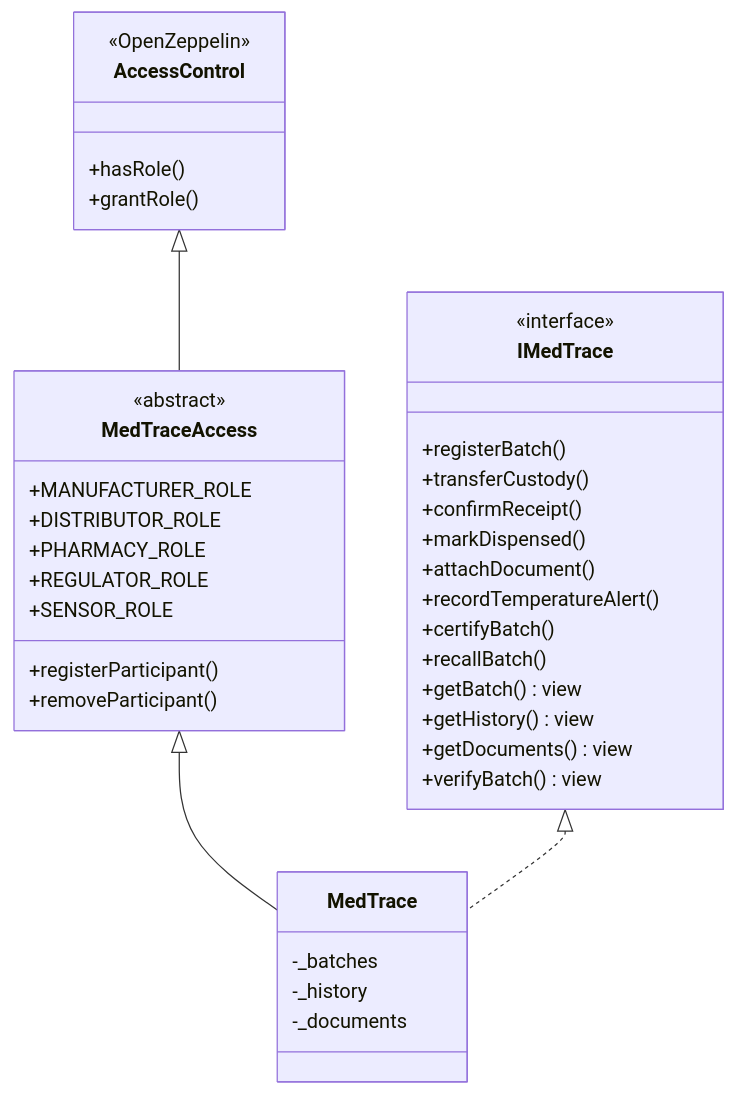
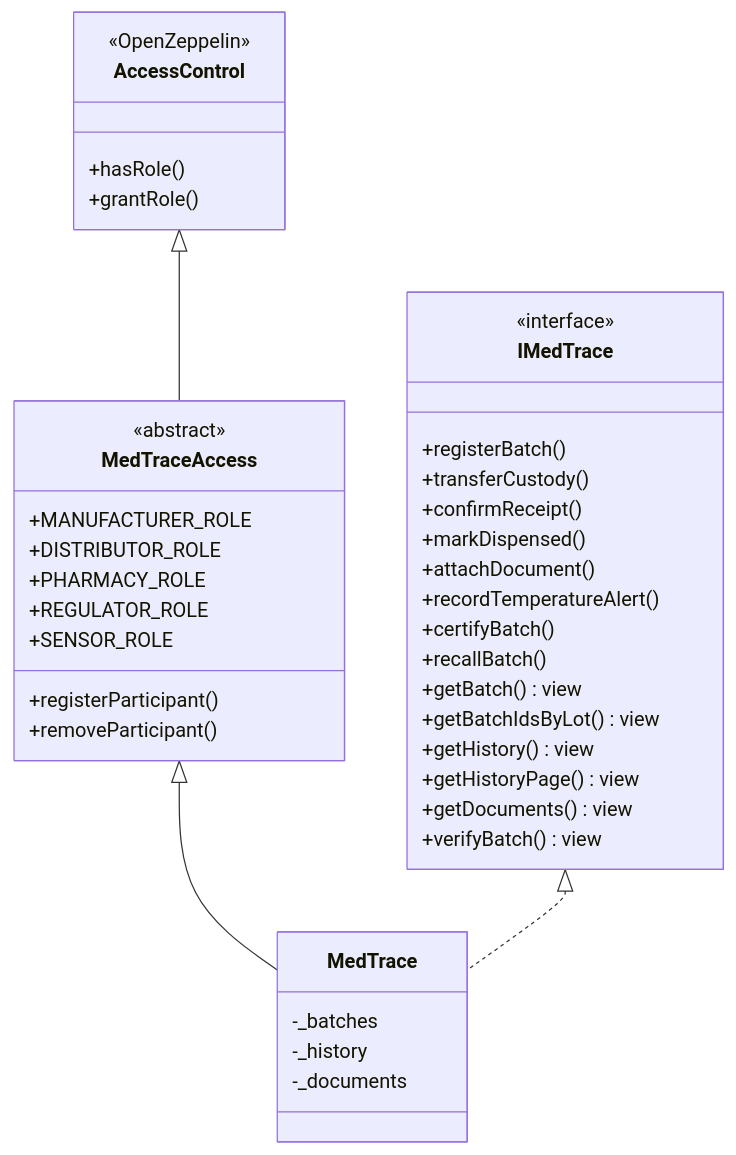
The first of 3 diagrams in docs/design.md (abhiramacheri-vaibhav/MedTrace), drawn with Mermaid before and after one commit. The commit also changed other lines of this file and 3 other files, not shown here.

Commit message:
Implement lot lookup, temperature dispense guard, and history pagination

````diff
--- a/docs/design.md
+++ b/docs/design.md
@@ -7,41 +7,43 @@
 ```mermaid
 classDiagram
     class IMedTrace {
         <<interface>>
         +registerBatch()
         +transferCustody()
         +confirmReceipt()
         +markDispensed()
         +attachDocument()
         +recordTemperatureAlert()
         +certifyBatch()
         +recallBatch()
         +getBatch() view
+        +getBatchIdsByLot() view
         +getHistory() view
+        +getHistoryPage() view
         +getDocuments() view
         +verifyBatch() view
     }
     class AccessControl {
         <<OpenZeppelin>>
         +hasRole()
         +grantRole()
     }
     class MedTraceAccess {
         <<abstract>>
         +MANUFACTURER_ROLE
         +DISTRIBUTOR_ROLE
         +PHARMACY_ROLE
         +REGULATOR_ROLE
         +SENSOR_ROLE
         +registerParticipant()
         +removeParticipant()
     }
     class MedTrace {
         -_batches
         -_history
         -_documents
     }
     AccessControl <|-- MedTraceAccess
     MedTraceAccess <|-- MedTrace
     IMedTrace <|.. MedTrace
 ```
````
